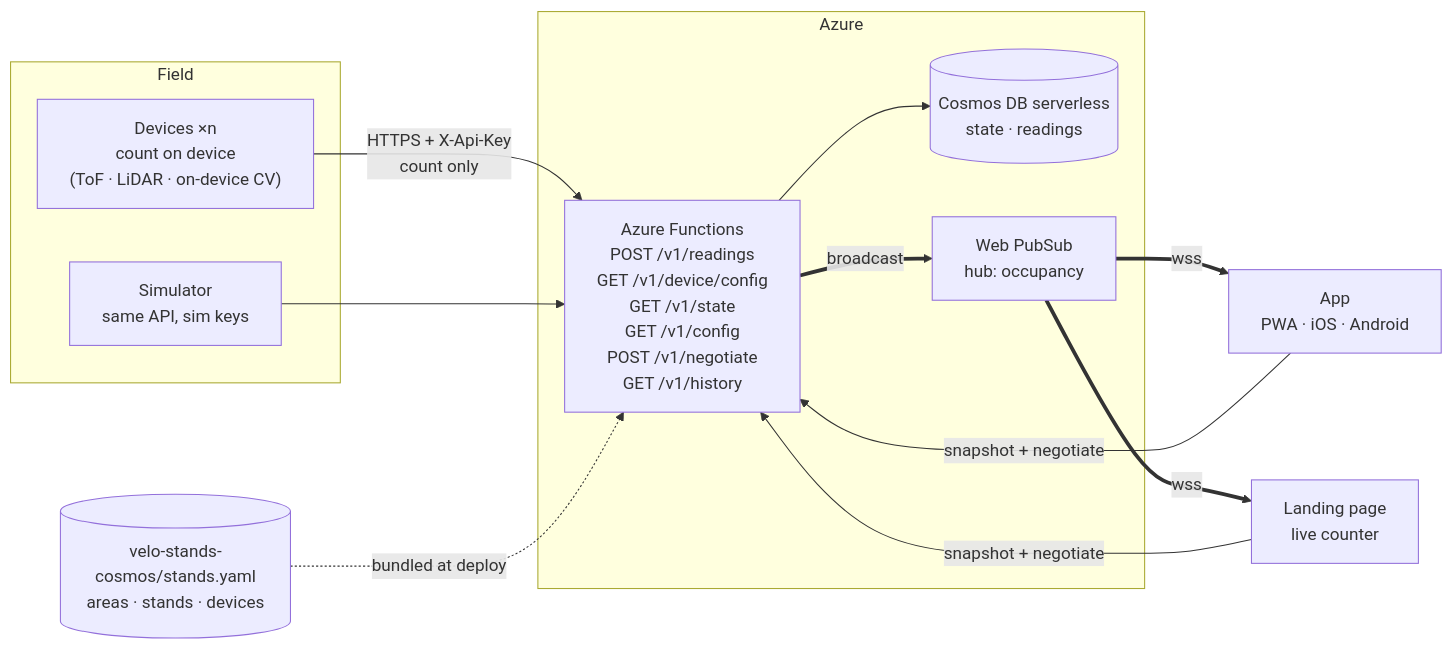
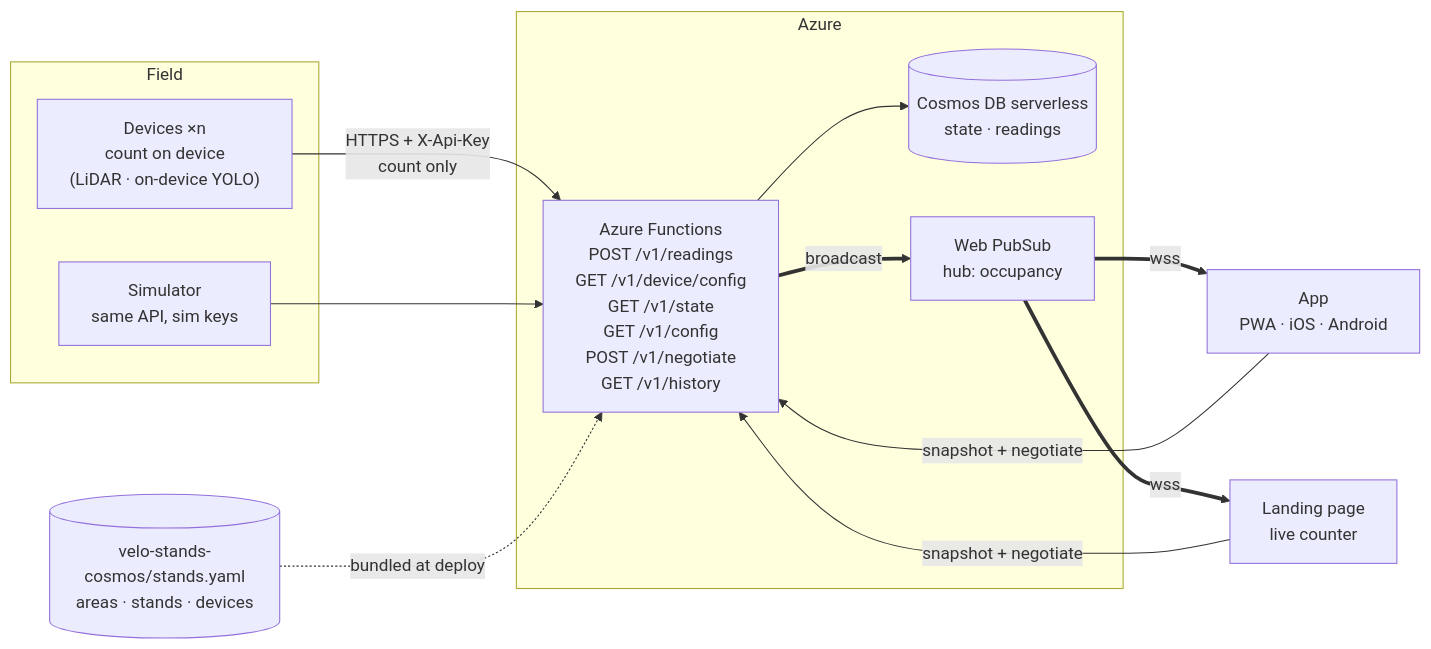
One commit to The-Booligans/slotinvaders changed the first of 2 diagrams in documentation/architecture.md. Above: the diagram before and after it, drawn with Mermaid. The commit also changed other lines of this file and 5 other files, not shown here.

First line of the commit message:
📝 docs: frame counting as two solutions — LiDAR preferred, dual on-device YOLO fallback

````diff
--- a/documentation/architecture.md
+++ b/documentation/architecture.md
@@ -38,25 +48,25 @@
 ```mermaid
 flowchart LR
   subgraph Field
-    D["Devices ×n<br/>count on device<br/>(ToF · LiDAR · on-device CV)"]
+    D["Devices ×n<br/>count on device<br/>(LiDAR · on-device YOLO)"]
     S["Simulator<br/>same API, sim keys"]
   end
   C[("velo-stands-cosmos/stands.yaml<br/>areas · stands · devices")]
   subgraph Azure
     F["Azure Functions<br/>POST /v1/readings<br/>GET /v1/device/config<br/>GET /v1/state<br/>GET /v1/config<br/>POST /v1/negotiate<br/>GET /v1/history"]
     DB[("Cosmos DB serverless<br/>state · readings")]
     P["Web PubSub<br/>hub: occupancy"]
   end
   A["App<br/>PWA · iOS · Android"]
   L["Landing page<br/>live counter"]
 
   D -- "HTTPS + X-Api-Key<br/>count only" --> F
   S --> F
   C -. bundled at deploy .-> F
   F --> DB
   F == broadcast ==> P
   P == wss ==> A
   P == wss ==> L
   A -- "snapshot + negotiate" --> F
   L -- "snapshot + negotiate" --> F
 ```
````
